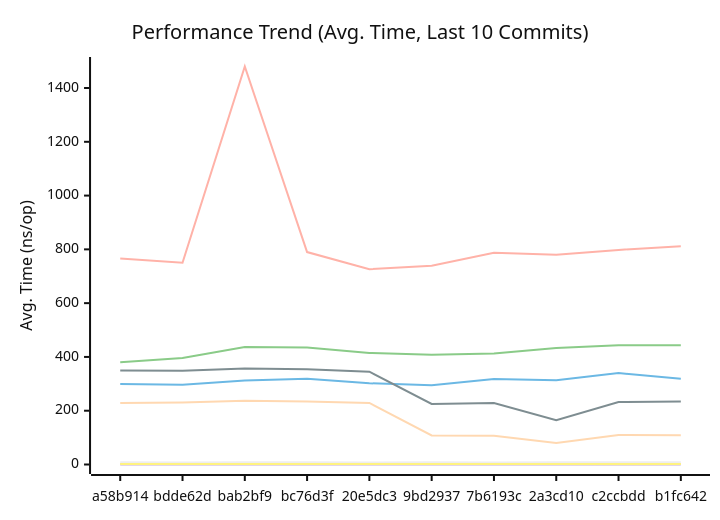
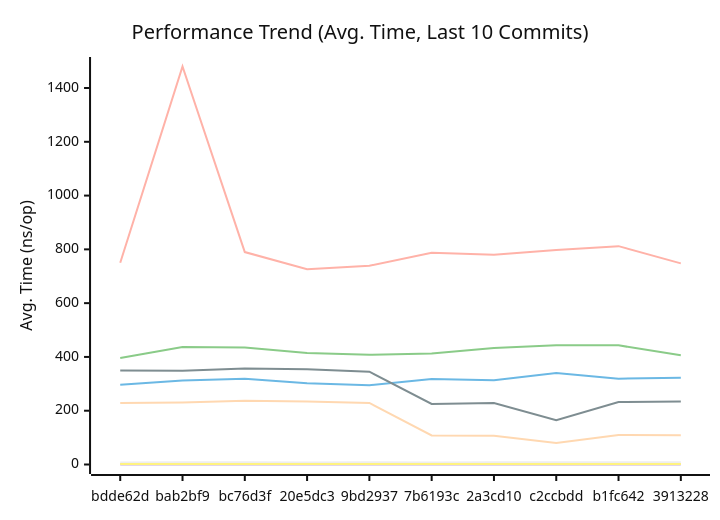
One commit to alsotoes/momo changed the first of 3 diagrams in docs/PERFORMANCE.md. Above: the diagram before and after it, drawn with Mermaid (neutral theme). The commit also changed other lines of this file and 1 other file, not shown here.

````diff
--- a/docs/PERFORMANCE.md
+++ b/docs/PERFORMANCE.md
@@ -80,16 +80,16 @@
 ```mermaid
 xychart-beta
     title "Performance Trend (Avg. Time, Last 10 Commits)"
     x-axis "Commit"
     y-axis "Avg. Time (ns/op)"
-    x-axis [a58b914,bdde62d,bab2bf9,bc76d3f,20e5dc3,9bd2937,7b6193c,2a3cd10,c2ccbdd,b1fc642]
-    line "CheckMetricsAndSwap" [8,7,8,8,7,8,7,8,8,8]
-    line "CrushOptimized" [299,297,312,319,302,295,318,313,340,319]
-    line "CrushOriginal" [380,396,437,435,415,408,413,433,443,443]
+    x-axis [bdde62d,bab2bf9,bc76d3f,20e5dc3,9bd2937,7b6193c,2a3cd10,c2ccbdd,b1fc642,3913228]
+    line "CheckMetricsAndSwap" [7,8,8,7,8,7,8,8,8,8]
+    line "CrushOptimized" [297,312,319,302,295,318,313,340,319,323]
+    line "CrushOriginal" [396,437,435,415,408,413,433,443,443,406]
     line "IndexDirectTracking" [0,0,0,0,0,0,0,0,0,0]
-    line "IndexSearch" [2,2,2,2,2,2,2,2,1,2]
-    line "LoadGlobalConfig" [766,750,1480,790,726,739,787,780,798,812]
+    line "IndexSearch" [2,2,2,2,2,2,2,1,2,2]
+    line "LoadGlobalConfig" [750,1480,790,726,739,787,780,798,812,748]
     line "PadString" [2,2,2,2,2,2,2,2,2,2]
     line "ParseReplicationOrder_NoPrealloc" [350,349,357,354,345,225,229,165,232,234]
     line "ParseReplicationOrder_Prealloc" [229,231,237,234,229,108,107,80,110,109]
 ```
````
